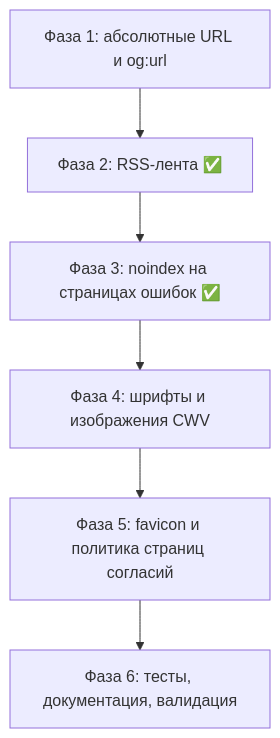
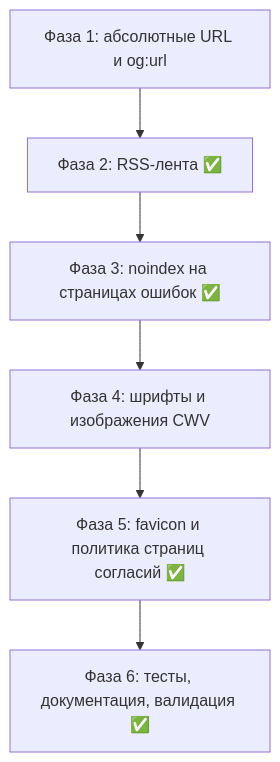
Before and after one commit to alexchasx/laravel-orchid-blog: the diagram in plans/seo-optimization-next.md, drawn with Mermaid. The commit also changed other lines of this file and 3 other files, not shown here.

````diff
--- a/plans/seo-optimization-next.md
+++ b/plans/seo-optimization-next.md
@@ -62,8 +62,8 @@
 ```mermaid
 flowchart TD
     A[Фаза 1: абсолютные URL и og:url] --> B[Фаза 2: RSS-лента ✅]
     B --> C[Фаза 3: noindex на страницах ошибок ✅]
     C --> D[Фаза 4: шрифты и изображения CWV]
-    D --> E[Фаза 5: favicon и политика страниц согласий]
-    E --> F[Фаза 6: тесты, документация, валидация]
+    D --> E[Фаза 5: favicon и политика страниц согласий ✅]
+    E --> F[Фаза 6: тесты, документация, валидация ✅]
 ```
````
